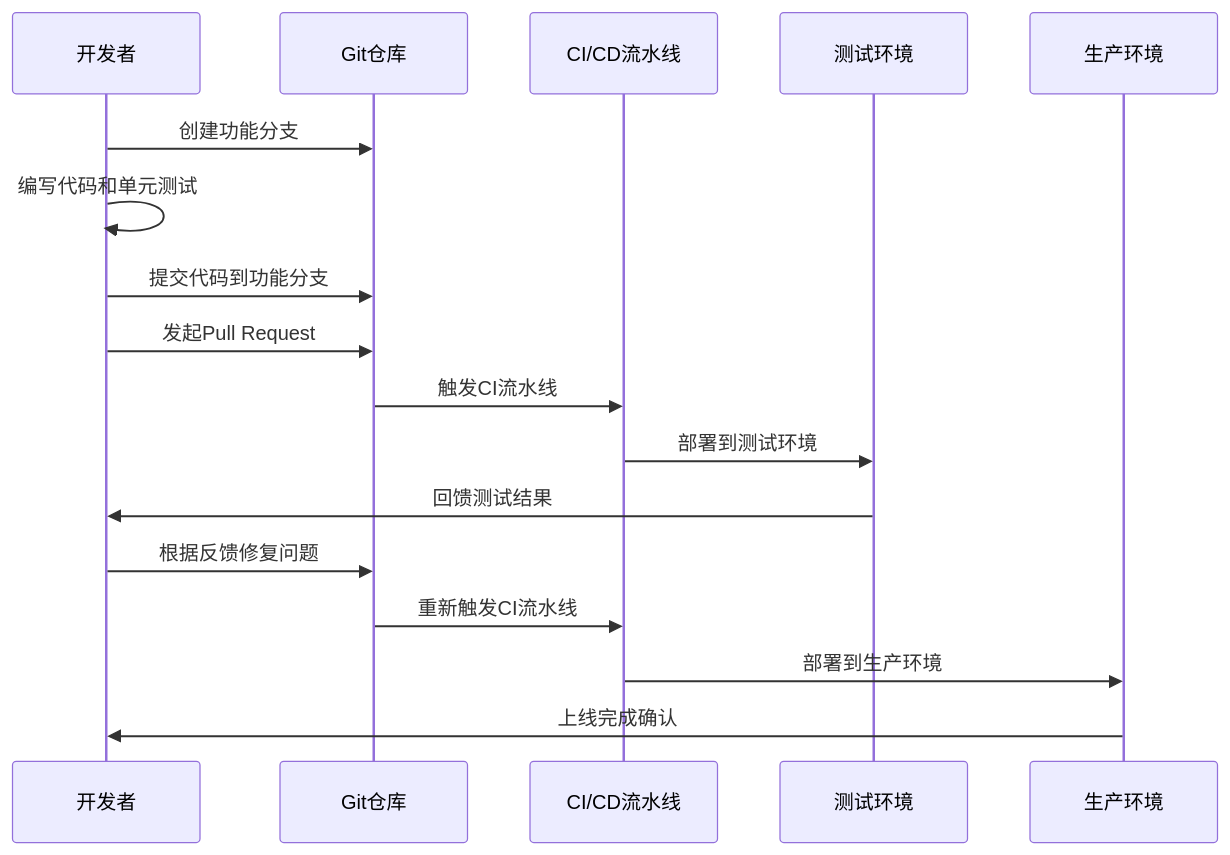
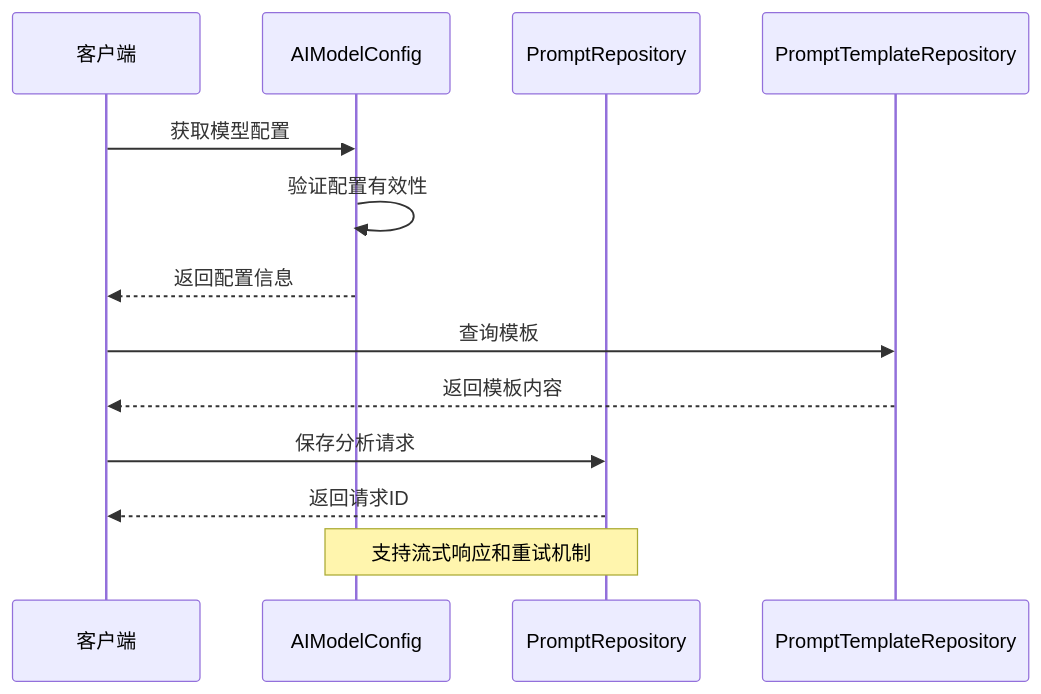
The fifth of 9 diagrams in .qoder/repowiki/zh/content/Update Summary/Update Summary.md (liuzh2008/med_ai_assistant_workspace), drawn with Mermaid before and after one commit. The commit also changed other lines of this file and 5 other files, not shown here.

````diff
--- a/.qoder/repowiki/zh/content/Update Summary/Update Summary.md
+++ b/.qoder/repowiki/zh/content/Update Summary/Update Summary.md
@@ -506,19 +234,15 @@
 ```mermaid
 sequenceDiagram
-participant Dev as 开发者
-participant Git as Git仓库
-participant CI as CI/CD流水线
-participant Test as 测试环境
-participant Prod as 生产环境
-Dev->>Git : 创建功能分支
-Dev->>Dev : 编写代码和单元测试
-Dev->>Git : 提交代码到功能分支
-Dev->>Git : 发起Pull Request
-Git->>CI : 触发CI流水线
-CI->>Test : 部署到测试环境
-Test->>Dev : 回馈测试结果
-Dev->>Git : 根据反馈修复问题
-Git->>CI : 重新触发CI流水线
-CI->>Prod : 部署到生产环境
-Prod->>Dev : 上线完成确认
+participant Client as 客户端
+participant Config as AIModelConfig
+participant Repo as PromptRepository
+participant Template as PromptTemplateRepository
+Client->>Config : 获取模型配置
+Config->>Config : 验证配置有效性
+Config-->>Client : 返回配置信息
+Client->>Template : 查询模板
+Template-->>Client : 返回模板内容
+Client->>Repo : 保存分析请求
+Repo-->>Client : 返回请求ID
+Note over Config,Repo : 支持流式响应和重试机制
 ```
````
